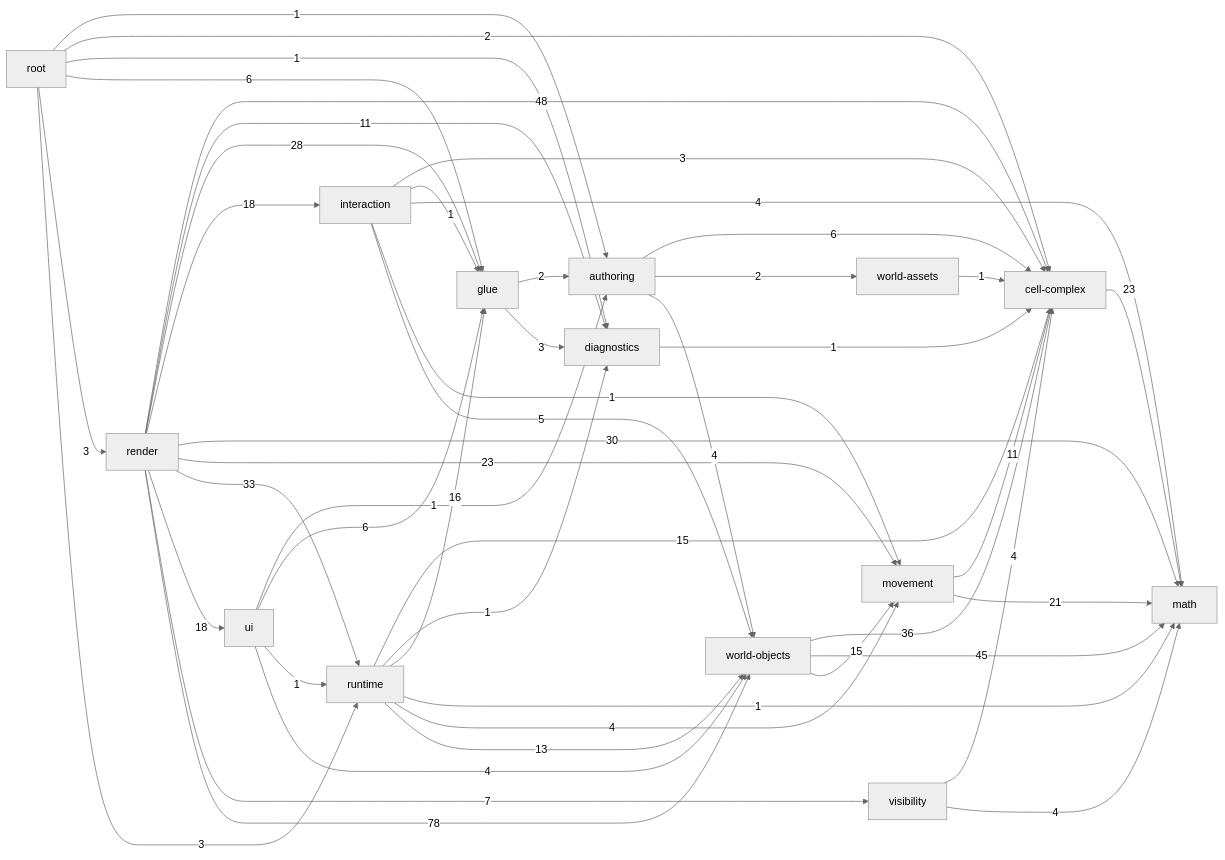
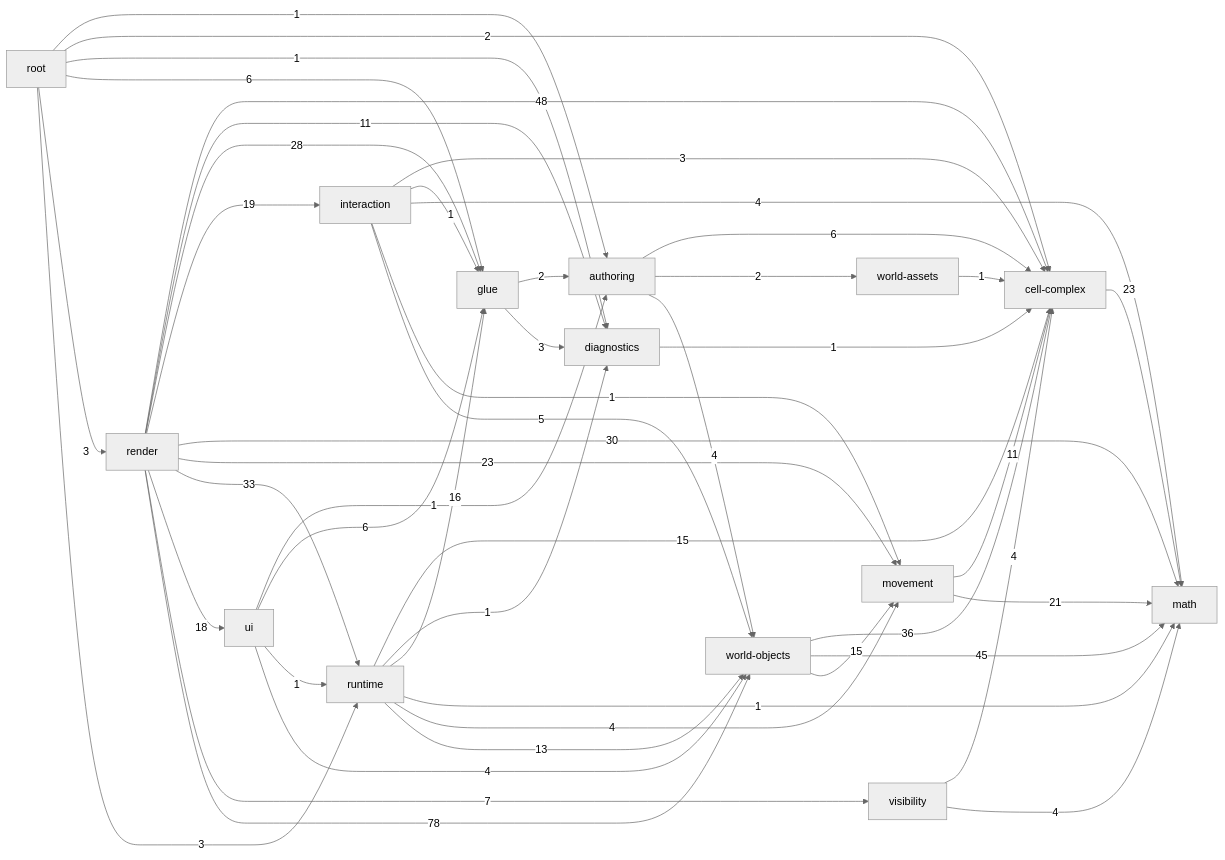
Before and after one commit to guraltsev/noneuclid-fpv: the diagram in _docs/generated/ARCHITECTURE_REFERENCE.md, drawn with Mermaid (neutral theme). The commit also changed other lines of this file and 5 other files, not shown here.

````diff
--- a/_docs/generated/ARCHITECTURE_REFERENCE.md
+++ b/_docs/generated/ARCHITECTURE_REFERENCE.md
@@ -35,63 +35,63 @@
 ```mermaid
 flowchart LR
   math["math"]
   cell_complex["cell-complex"]
   diagnostics["diagnostics"]
   visibility["visibility"]
   movement["movement"]
   world_assets["world-assets"]
   world_objects["world-objects"]
   authoring["authoring"]
   glue["glue"]
   interaction["interaction"]
   runtime["runtime"]
   ui["ui"]
   render["render"]
   root["root"]
   authoring -->|6| cell_complex
   authoring -->|2| world_assets
   authoring -->|4| world_objects
   cell_complex -->|23| math
   diagnostics -->|1| cell_complex
   glue -->|2| authoring
   glue -->|3| diagnostics
   interaction -->|3| cell_complex
   interaction -->|1| glue
   interaction -->|4| math
   interaction -->|1| movement
   interaction -->|5| world_objects
   movement -->|11| cell_complex
   movement -->|21| math
   render -->|48| cell_complex
   render -->|11| diagnostics
   render -->|28| glue
-  render -->|18| interaction
+  render -->|19| interaction
   render -->|30| math
   render -->|23| movement
   render -->|33| runtime
   render -->|18| ui
   render -->|7| visibility
   render -->|78| world_objects
   root -->|1| authoring
   root -->|2| cell_complex
   root -->|1| diagnostics
   root -->|6| glue
   root -->|3| render
   root -->|3| runtime
   runtime -->|15| cell_complex
   runtime -->|1| diagnostics
   runtime -->|16| glue
   runtime -->|1| math
   runtime -->|4| movement
   runtime -->|13| world_objects
   ui -->|1| authoring
   ui -->|6| glue
   ui -->|1| runtime
   ui -->|4| world_objects
   visibility -->|4| cell_complex
   visibility -->|4| math
   world_assets -->|1| cell_complex
   world_objects -->|36| cell_complex
   world_objects -->|45| math
   world_objects -->|15| movement
 ```
````
